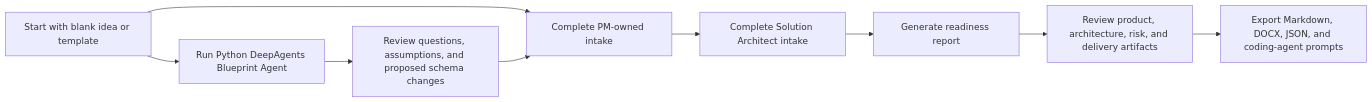
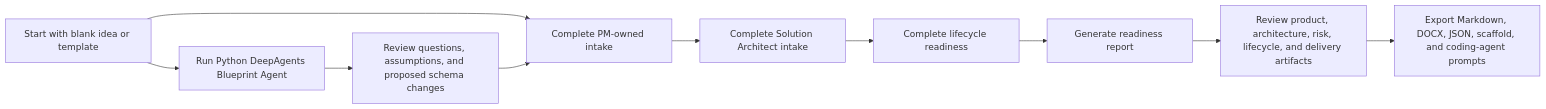
One commit to Abby263/product-dev-blueprint changed the first of 2 diagrams in README.md. Above: the diagram before and after it, drawn with Mermaid. The commit also changed other lines of this file and 20 other files, not shown here.

Commit message:
Add SDLC lifecycle blueprint flow

````diff
--- a/README.md
+++ b/README.md
@@ -80,11 +81,12 @@
 ```mermaid
 flowchart LR
   A["Start with blank idea or template"] --> B["Complete PM-owned intake"]
   A --> G["Run Python DeepAgents Blueprint Agent"]
   G --> H["Review questions, assumptions, and proposed schema changes"]
   H --> B
   B --> C["Complete Solution Architect intake"]
-  C --> D["Generate readiness report"]
-  D --> E["Review product, architecture, risk, and delivery artifacts"]
-  E --> F["Export Markdown, DOCX, JSON, and coding-agent prompts"]
+  C --> I["Complete lifecycle readiness"]
+  I --> D["Generate readiness report"]
+  D --> E["Review product, architecture, risk, lifecycle, and delivery artifacts"]
+  E --> F["Export Markdown, DOCX, JSON, scaffold, and coding-agent prompts"]
 ```
````
